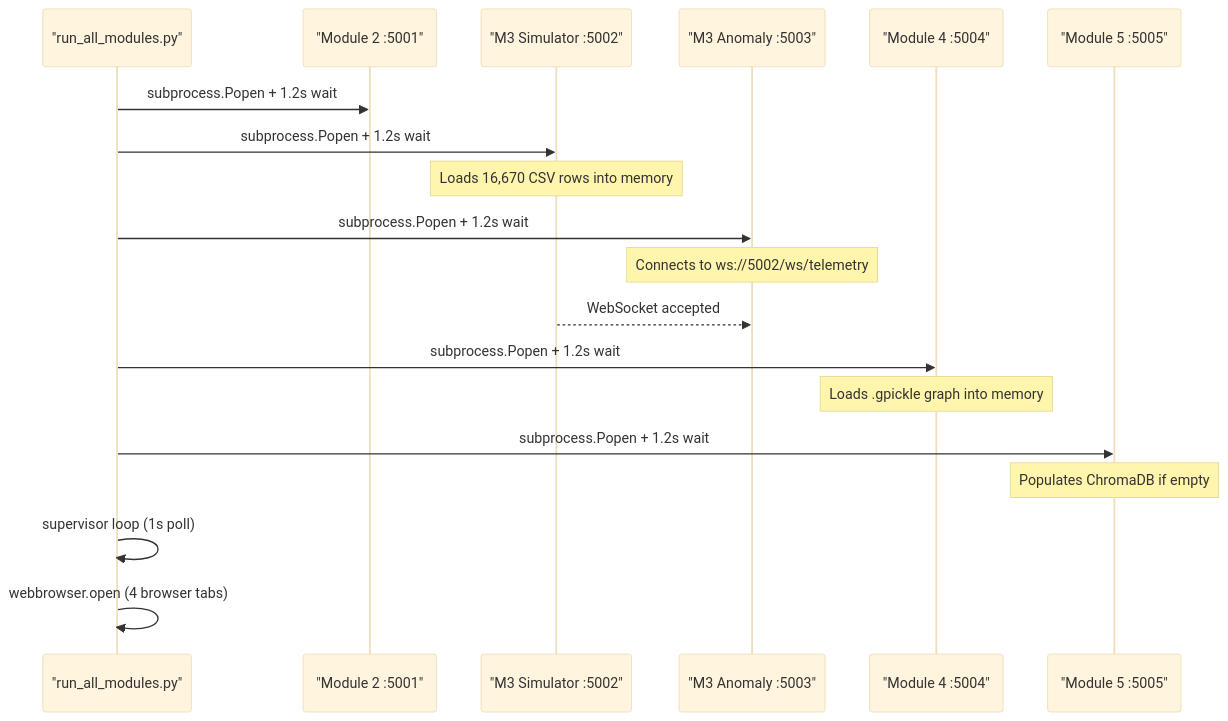
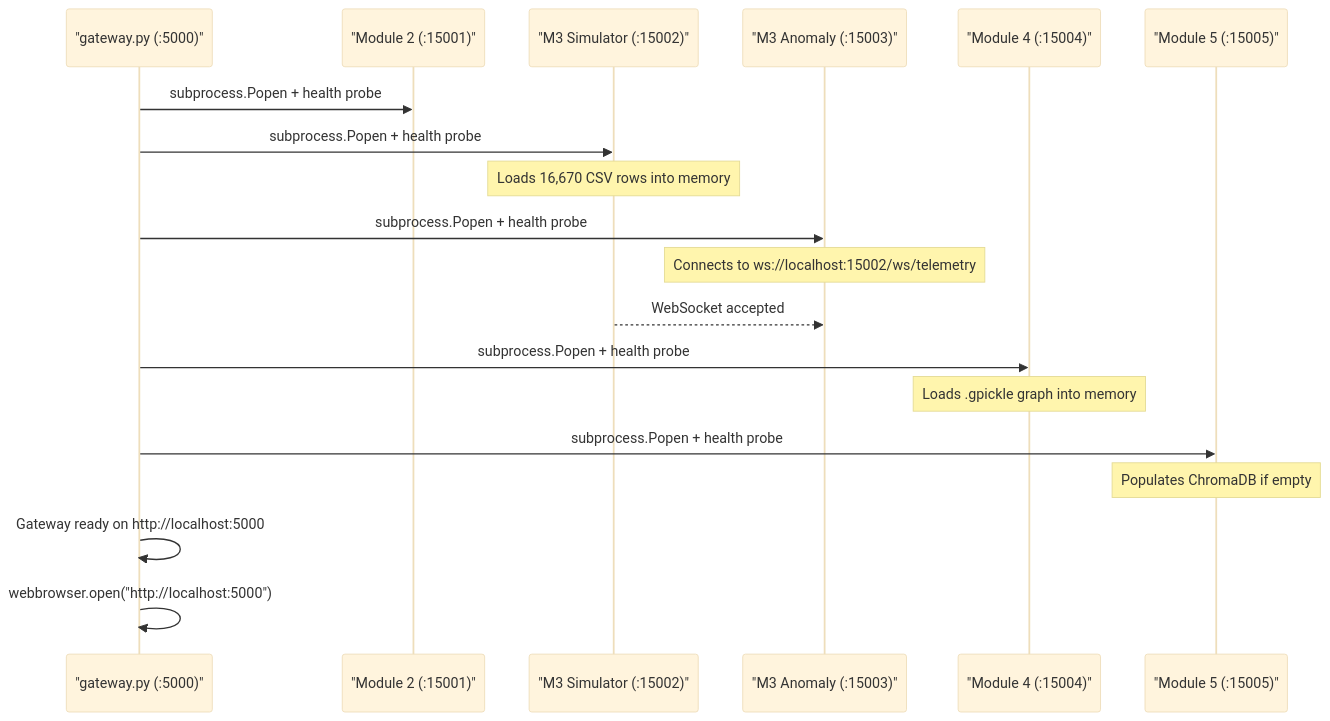
One commit to n3ssdub3y/SIH_2026_PLANNS changed diagram 14 of 14 in ARCHITECTURE.md. Above: the diagram before and after it, drawn with Mermaid (base theme). The commit also changed other lines of this file and 35 other files, not shown here.

````diff
--- a/ARCHITECTURE.md
+++ b/ARCHITECTURE.md
@@ -878,22 +879,22 @@
 ```mermaid
 sequenceDiagram
-    participant ORC as "run_all_modules.py"
-    participant M2 as "Module 2 :5001"
-    participant SIM as "M3 Simulator :5002"
-    participant ANO as "M3 Anomaly :5003"
-    participant M4 as "Module 4 :5004"
-    participant M5 as "Module 5 :5005"
+    participant GW as "gateway.py (:5000)"
+    participant M2 as "Module 2 (:15001)"
+    participant SIM as "M3 Simulator (:15002)"
+    participant ANO as "M3 Anomaly (:15003)"
+    participant M4 as "Module 4 (:15004)"
+    participant M5 as "Module 5 (:15005)"
 
-    ORC->>M2: subprocess.Popen + 1.2s wait
-    ORC->>SIM: subprocess.Popen + 1.2s wait
+    GW->>M2: subprocess.Popen + health probe
+    GW->>SIM: subprocess.Popen + health probe
     Note over SIM: Loads 16,670 CSV rows into memory
-    ORC->>ANO: subprocess.Popen + 1.2s wait
-    Note over ANO: Connects to ws://5002/ws/telemetry
+    GW->>ANO: subprocess.Popen + health probe
+    Note over ANO: Connects to ws://localhost:15002/ws/telemetry
     SIM-->>ANO: WebSocket accepted
-    ORC->>M4: subprocess.Popen + 1.2s wait
+    GW->>M4: subprocess.Popen + health probe
     Note over M4: Loads .gpickle graph into memory
-    ORC->>M5: subprocess.Popen + 1.2s wait
+    GW->>M5: subprocess.Popen + health probe
     Note over M5: Populates ChromaDB if empty
-    ORC->>ORC: supervisor loop (1s poll)
-    ORC->>ORC: webbrowser.open (4 browser tabs)
+    GW->>GW: Gateway ready on http://localhost:5000
+    GW->>GW: webbrowser.open("http://localhost:5000")
 ```
````
